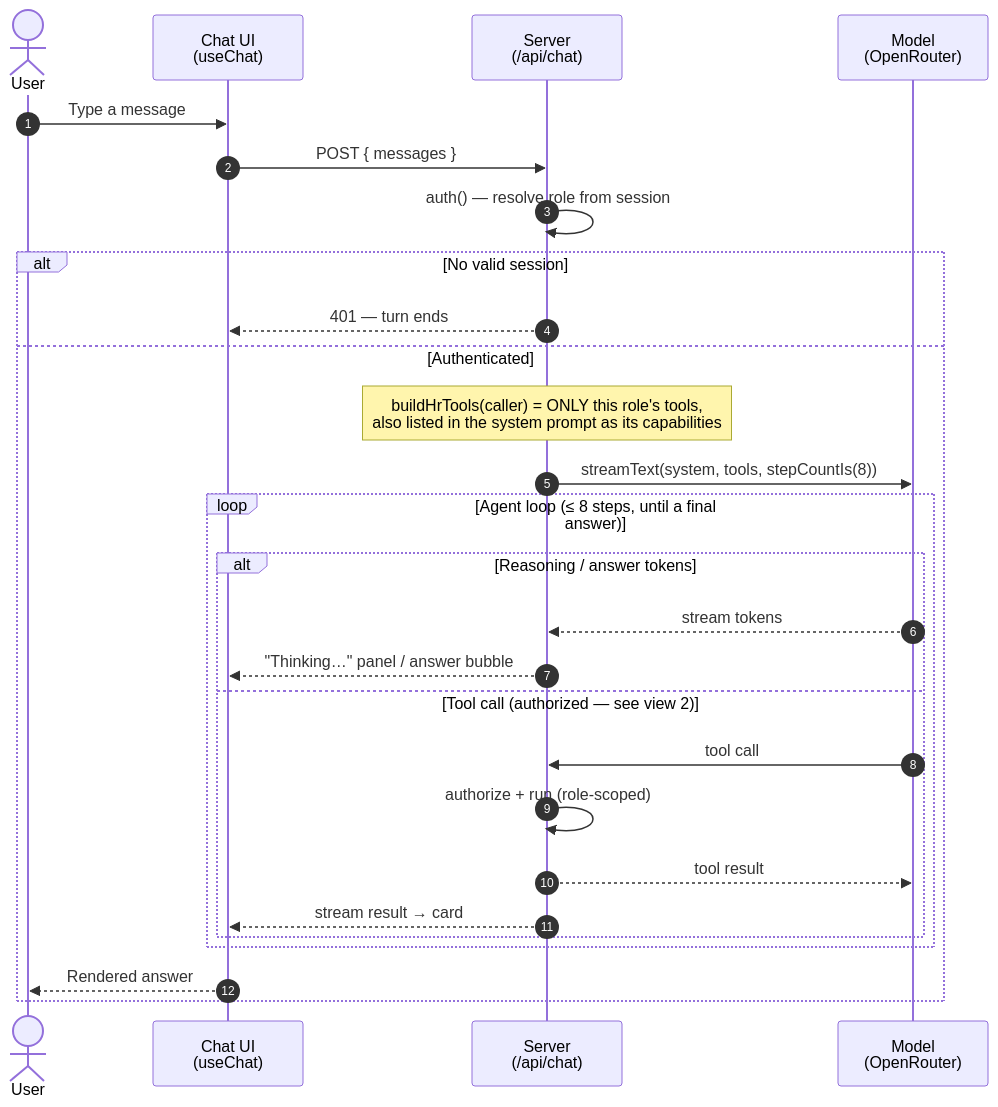
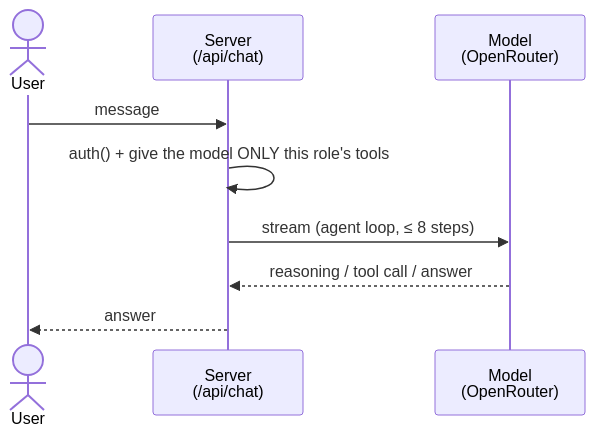
The diagram in docs/architecture/authorized-ai-chat-sequence.md (yel-hadd/ai-hr-platform-starter), drawn with Mermaid before and after one commit. The commit also changed other lines of this file, not shown here.

First line of the commit message:
docs(architecture): replace the scary tool-call diagram with a table

````diff
--- a/docs/architecture/authorized-ai-chat-sequence.md
+++ b/docs/architecture/authorized-ai-chat-sequence.md
@@ -18,30 +15,12 @@
 ```mermaid
 sequenceDiagram
-    autonumber
     actor U as User
-    participant UI as Chat UI<br/>(useChat)
-    participant API as Server<br/>(/api/chat)
-    participant LLM as Model<br/>(OpenRouter)
+    participant S as Server<br/>(/api/chat)
+    participant M as Model<br/>(OpenRouter)
 
-    U->>UI: Type a message
-    UI->>API: POST { messages }
-    API->>API: auth() — resolve role from session
-    alt No valid session
-        API-->>UI: 401 — turn ends
-    else Authenticated
-        Note over API: buildHrTools(caller) = ONLY this role's tools,<br/>also listed in the system prompt as its capabilities
-        API->>LLM: streamText(system, tools, stepCountIs(8))
-        loop Agent loop (≤ 8 steps, until a final answer)
-            alt Reasoning / answer tokens
-                LLM-->>API: stream tokens
-                API-->>UI: "Thinking…" panel / answer bubble
-            else Tool call (authorized — see view 2)
-                LLM->>API: tool call
-                API->>API: authorize + run (role-scoped)
-                API-->>LLM: tool result
-                API-->>UI: stream result → card
-            end
-        end
-        UI-->>U: Rendered answer
-    end
+    U->>S: message
+    S->>S: auth() + give the model ONLY this role's tools
+    S->>M: stream (agent loop, ≤ 8 steps)
+    M-->>S: reasoning / tool call / answer
+    S-->>U: answer
 ```
````
